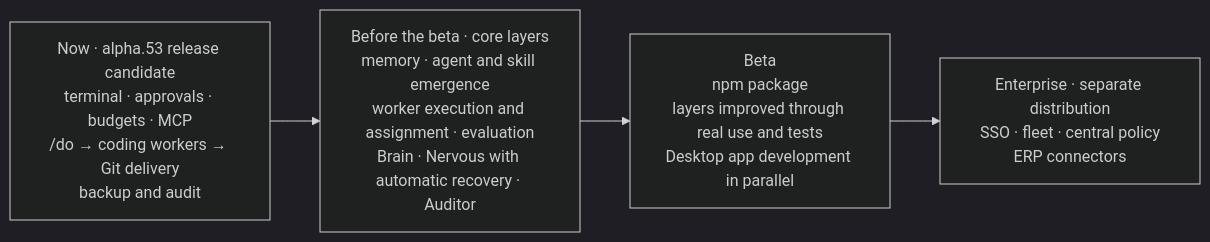
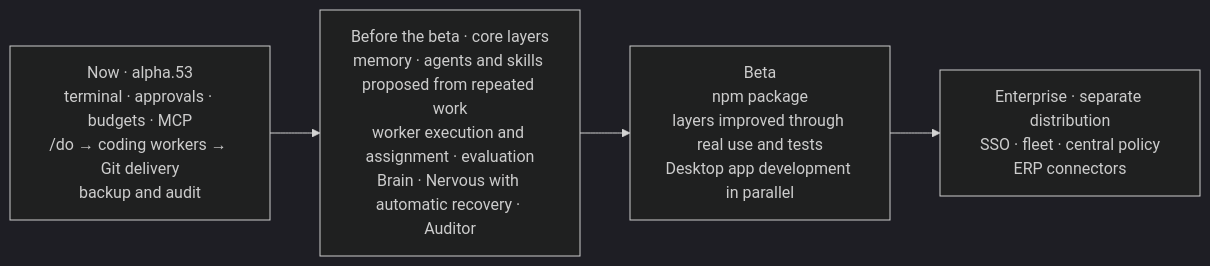
One commit to Verhex/deckent-next changed the sixth of 6 diagrams in README.md. Above: the diagram before and after it, drawn with Mermaid (dark theme). The commit also changed other lines of this file and 1 other file, not shown here.

````diff
--- a/README.md
+++ b/README.md
@@ -495,6 +517,6 @@
 ```mermaid
 flowchart LR
-  N["Now · alpha.53 release candidate<br/>terminal · approvals · budgets · MCP<br/>/do → coding workers → Git delivery<br/>backup and audit"] --> C["Before the beta · core layers<br/>memory · agent and skill emergence<br/>worker execution and assignment · evaluation<br/>Brain · Nervous with automatic recovery · Auditor"]
+  N["Now · alpha.53<br/>terminal · approvals · budgets · MCP<br/>/do → coding workers → Git delivery<br/>backup and audit"] --> C["Before the beta · core layers<br/>memory · agents and skills proposed from repeated work<br/>worker execution and assignment · evaluation<br/>Brain · Nervous with automatic recovery · Auditor"]
   C --> B["Beta<br/>npm package<br/>layers improved through real use and tests<br/>Desktop app development in parallel"]
   B --> E["Enterprise · separate distribution<br/>SSO · fleet · central policy<br/>ERP connectors"]
 ```
````
